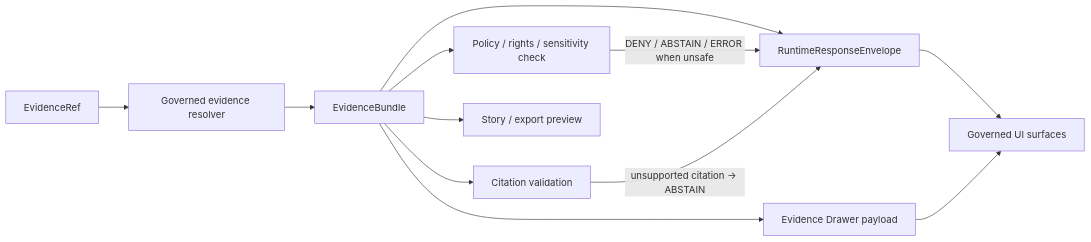
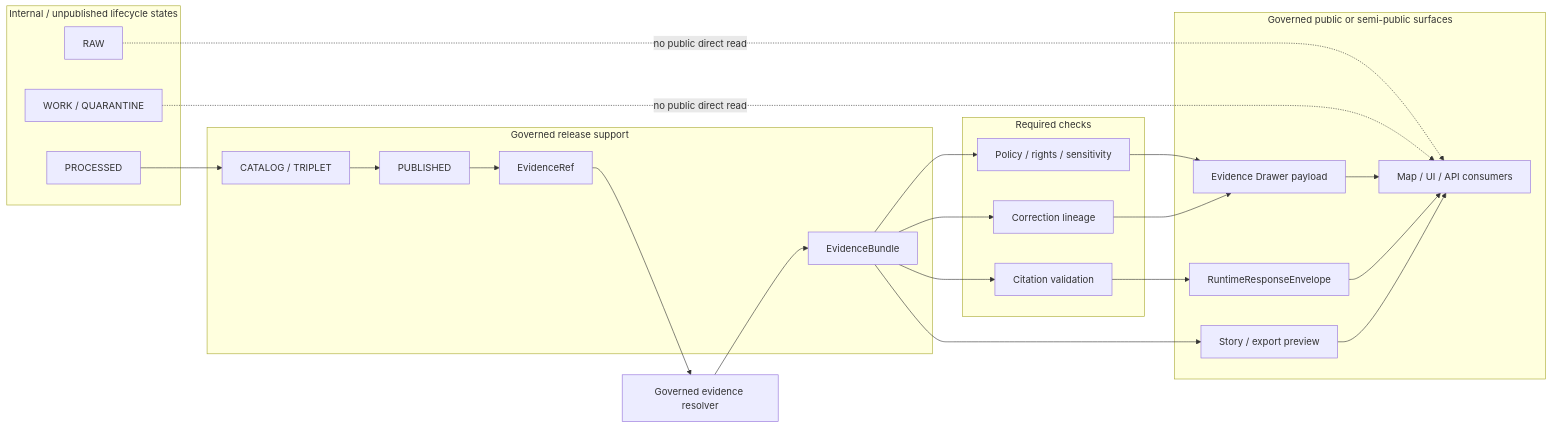
The diagram in docs/adr/ADR-0004-evidencebundle-contract.md (bartytime4life/Kansas-Frontier-Matrix), drawn with Mermaid before and after one commit. The commit also changed other lines of this file, not shown here.

First line of the commit message:
Revise ADR-0004 with updated evidence bundle details

````diff
--- a/docs/adr/ADR-0004-evidencebundle-contract.md
+++ b/docs/adr/ADR-0004-evidencebundle-contract.md
@@ -246,14 +301,43 @@
 ```mermaid
 flowchart LR
-  ER[EvidenceRef] --> R[Governed evidence resolver]
-  R --> EB[EvidenceBundle]
-  EB --> PC[Policy / rights / sensitivity check]
-  EB --> CV[Citation validation]
-  EB --> ED[Evidence Drawer payload]
-  EB --> RR[RuntimeResponseEnvelope]
-  EB --> EX[Story / export preview]
-  PC -->|DENY / ABSTAIN / ERROR when unsafe| RR
-  CV -->|unsupported citation -> ABSTAIN| RR
-  RR --> UI[Governed UI surfaces]
+  subgraph Internal["Internal / unpublished lifecycle states"]
+    RAW["RAW"]
+    WORK["WORK / QUARANTINE"]
+    PROC["PROCESSED"]
+  end
+
+  subgraph Published["Governed release support"]
+    CAT["CATALOG / TRIPLET"]
+    PUB["PUBLISHED"]
+    ER["EvidenceRef"]
+    EB["EvidenceBundle"]
+  end
+
+  subgraph Checks["Required checks"]
+    POL["Policy / rights / sensitivity"]
+    CITE["Citation validation"]
+    CORR["Correction lineage"]
+  end
+
+  subgraph Surfaces["Governed public or semi-public surfaces"]
+    ED["Evidence Drawer payload"]
+    RR["RuntimeResponseEnvelope"]
+    EX["Story / export preview"]
+    UI["Map / UI / API consumers"]
+  end
+
+  RAW -. "no public direct read" .-> UI
+  WORK -. "no public direct read" .-> UI
+  PROC --> CAT --> PUB --> ER
+  ER --> RES["Governed evidence resolver"]
+  RES --> EB
+  EB --> POL
+  EB --> CITE
+  EB --> CORR
+  POL --> ED
+  CITE --> RR
+  CORR --> ED
   ED --> UI
+  RR --> UI
+  EB --> EX --> UI
 ```
````
